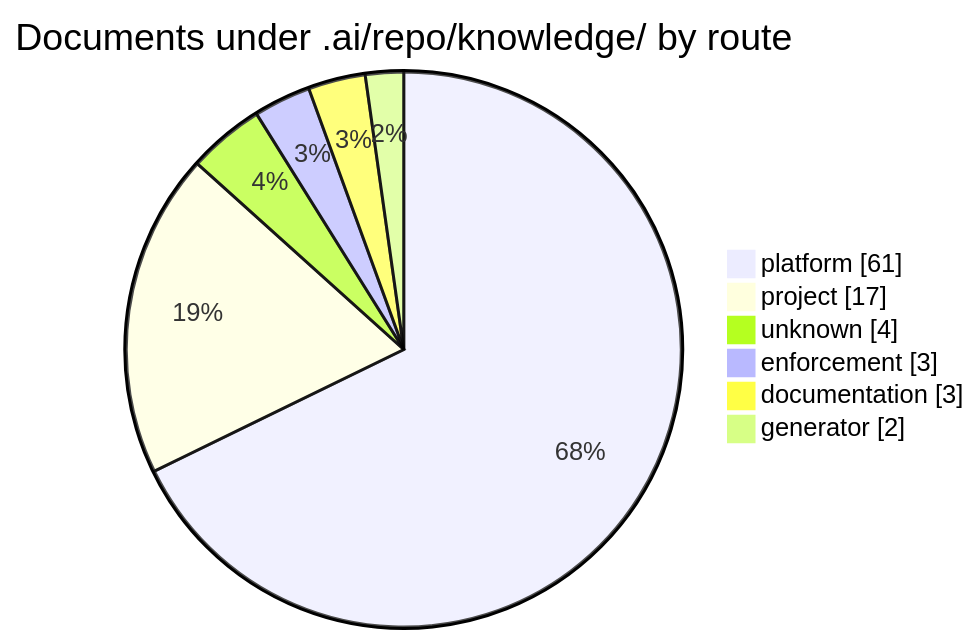
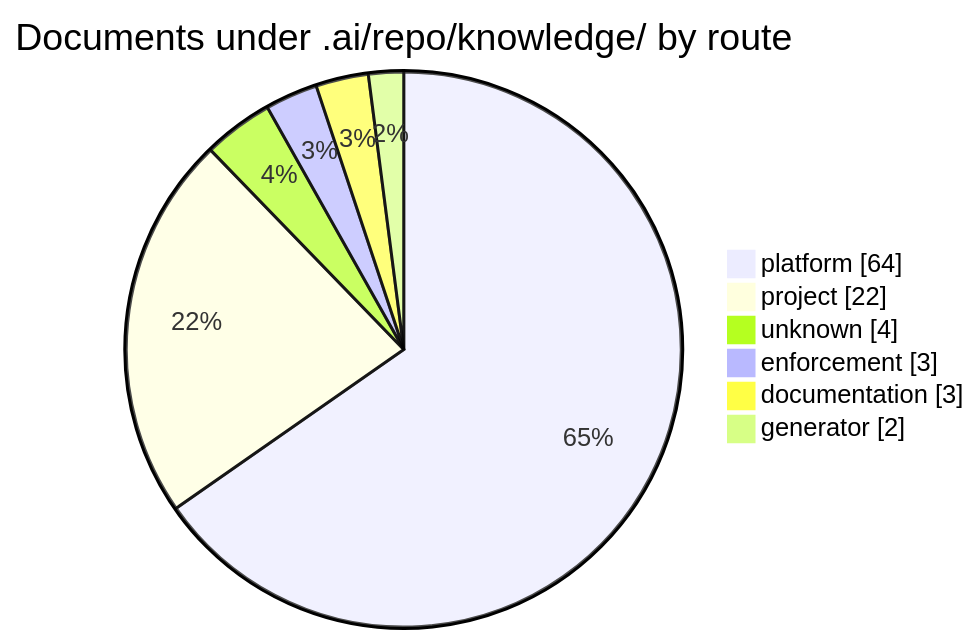
The second of 3 diagrams in .ai/repo/knowledge/README.md (korczis/OpenTTD), drawn with Mermaid before and after one commit. The commit also changed other lines of this file and 9 other files, not shown here.

````diff
--- a/.ai/repo/knowledge/README.md
+++ b/.ai/repo/knowledge/README.md
@@ -46,10 +46,10 @@
 ```mermaid
 pie showData title Documents under .ai/repo/knowledge/ by route
     %% links: README.md?col=Route&filter=platform#records-generated | README.md?col=Route&filter=project#records-generated | README.md?col=Route&filter=#records-generated | README.md?col=Route&filter=enforcement#records-generated | README.md?col=Route&filter=documentation#records-generated | README.md?col=Route&filter=generator#records-generated
-    "platform" : 61
-    "project" : 17
+    "platform" : 64
+    "project" : 22
     "unknown" : 4
     "enforcement" : 3
     "documentation" : 3
     "generator" : 2
 ```
````
